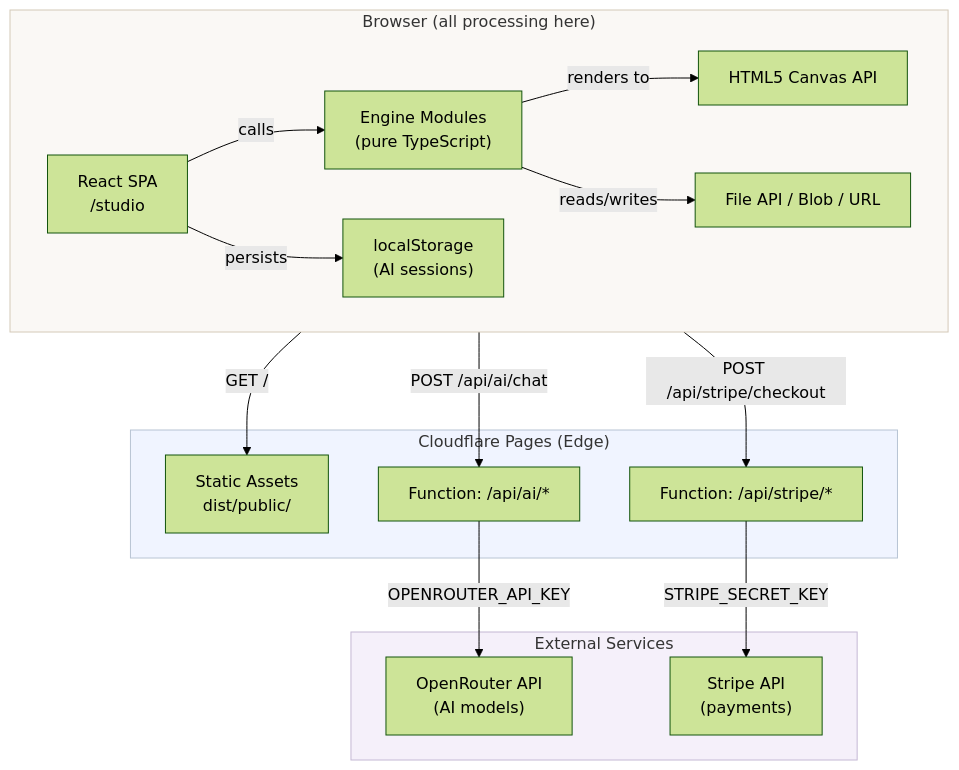
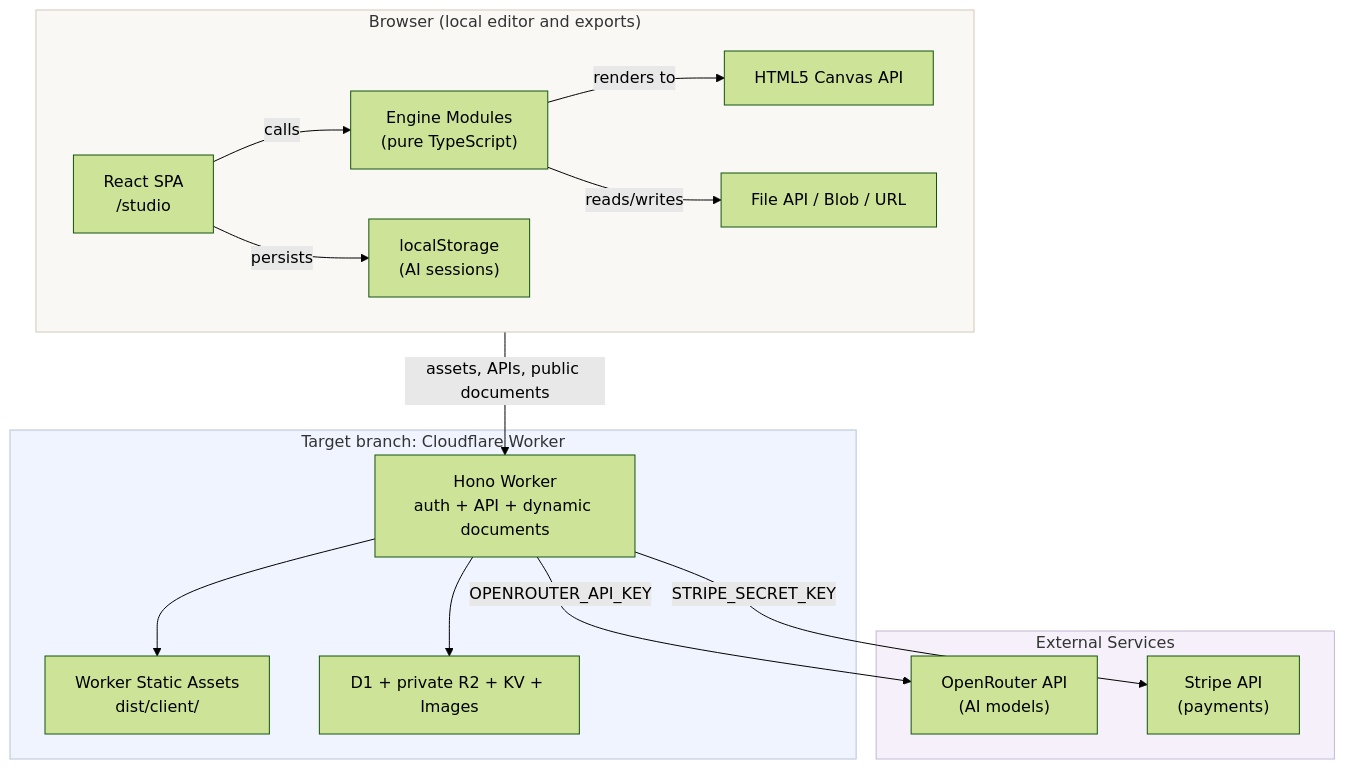
One commit to RazonIn4K/Mii-pixelart changed the first of 12 diagrams in living-the-grid-studio/docs/architecture.md. Above: the diagram before and after it, drawn with Mermaid (forest theme). The commit also changed other lines of this file and 46 other files, not shown here.

````diff
--- a/living-the-grid-studio/docs/architecture.md
+++ b/living-the-grid-studio/docs/architecture.md
@@ -81,36 +92,36 @@
 ```mermaid
 graph TB
-    subgraph Browser["Browser (all processing here)"]
+    subgraph Browser["Browser (local editor and exports)"]
         SPA["React SPA<br/>/studio"]
         Engine["Engine Modules<br/>(pure TypeScript)"]
         Canvas["HTML5 Canvas API"]
         FileAPI["File API / Blob / URL"]
         LS["localStorage<br/>(AI sessions)"]
 
         SPA -->|"calls"| Engine
         Engine -->|"renders to"| Canvas
         Engine -->|"reads/writes"| FileAPI
         SPA -->|"persists"| LS
     end
 
-    subgraph Edge["Cloudflare Pages (Edge)"]
-        Static["Static Assets<br/>dist/public/"]
-        Fn_AI["Function: /api/ai/*"]
-        Fn_Stripe["Function: /api/stripe/*"]
+    subgraph Edge["Target branch: Cloudflare Worker"]
+        Worker["Hono Worker<br/>auth + API + dynamic documents"]
+        Static["Worker Static Assets<br/>dist/client/"]
+        Data["D1 + private R2 + KV + Images"]
+        Worker --> Static
+        Worker --> Data
     end
 
     subgraph External["External Services"]
         OR["OpenRouter API<br/>(AI models)"]
         Stripe["Stripe API<br/>(payments)"]
     end
 
-    Browser -->|"GET /"| Static
-    Browser -->|"POST /api/ai/chat"| Fn_AI
-    Browser -->|"POST /api/stripe/checkout"| Fn_Stripe
-    Fn_AI -->|"OPENROUTER_API_KEY"| OR
-    Fn_Stripe -->|"STRIPE_SECRET_KEY"| Stripe
+    Browser -->|"assets, APIs, public documents"| Worker
+    Worker -->|"OPENROUTER_API_KEY"| OR
+    Worker -->|"STRIPE_SECRET_KEY"| Stripe
 
     style Browser fill:#faf8f5,stroke:#d4c9b8
     style Edge fill:#f0f4ff,stroke:#b8c4d4
     style External fill:#f5f0fa,stroke:#c4b8d4
 ```
````
